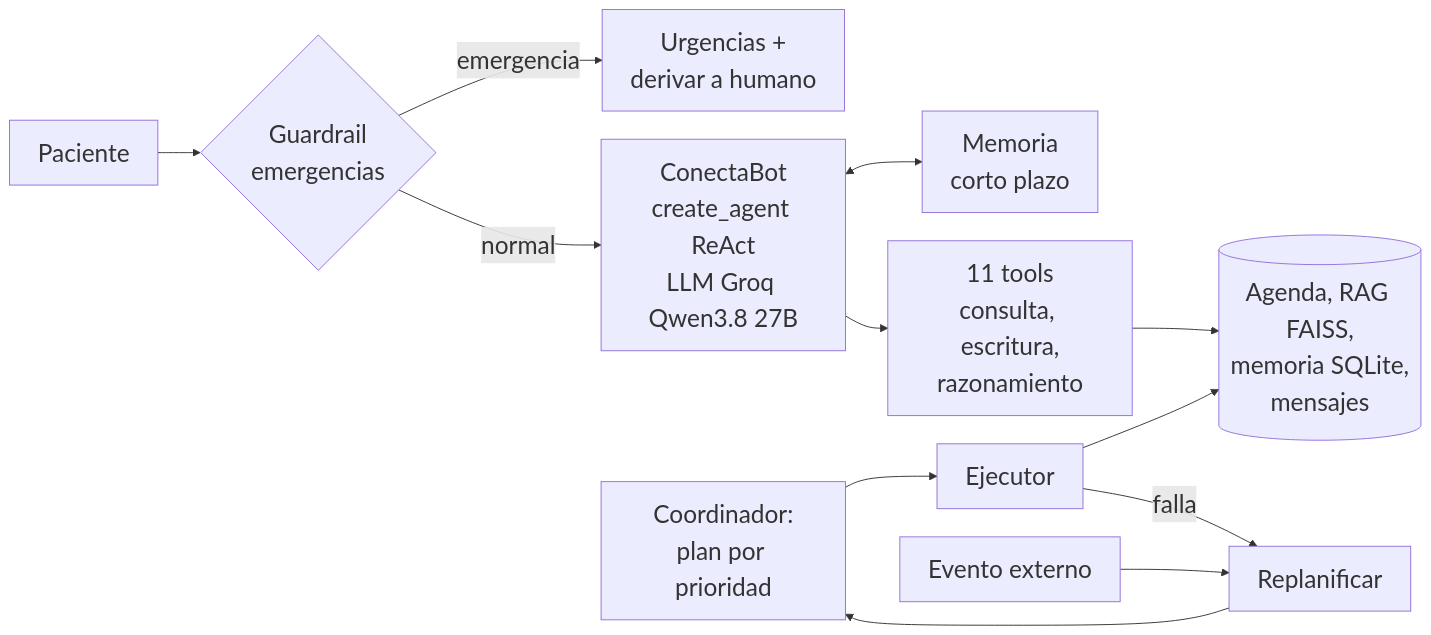
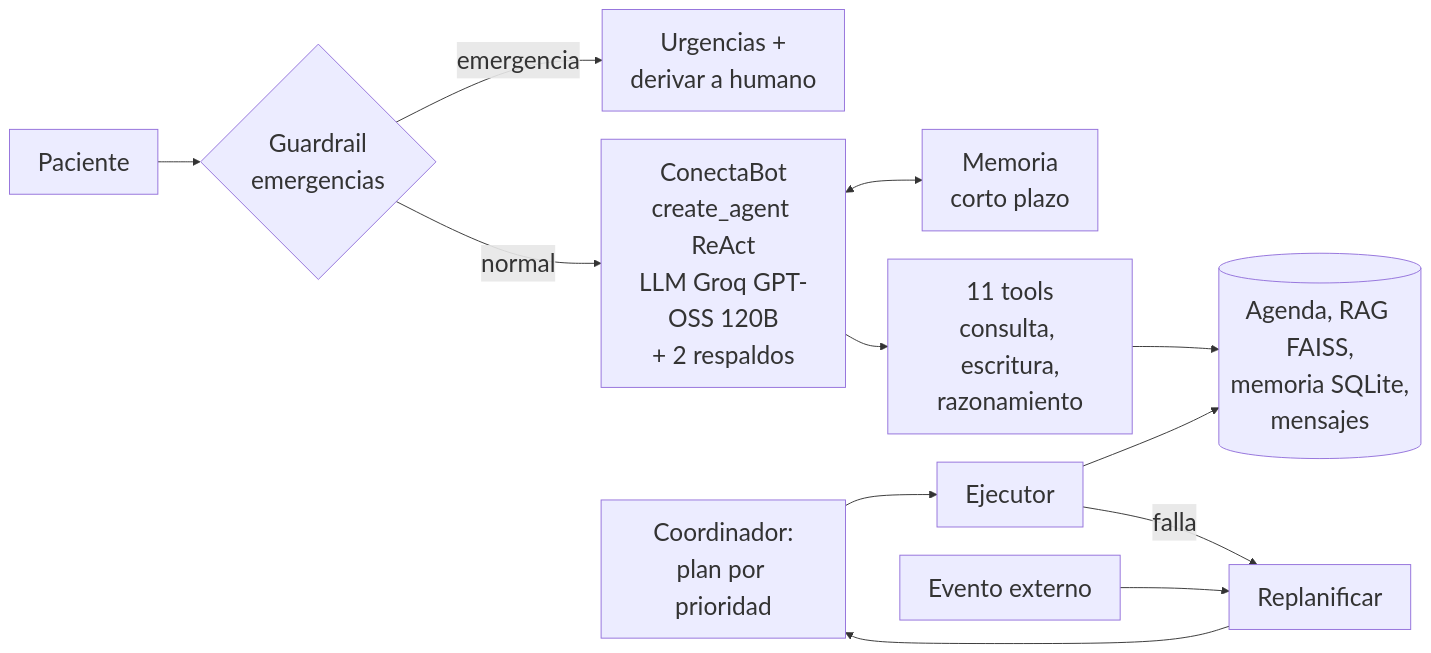
One commit to BenjaminHeresmann/SaludConecta-IA changed the diagram in docs/arquitectura_ep2_lamina.mmd. Above: the diagram before and after it, drawn with Mermaid. The commit also changed 4 other files, not shown here.

Commit message:
README y diagramas: cascada de modelos de Groq y latencia medida

```diff
--- a/docs/arquitectura_ep2_lamina.mmd
+++ b/docs/arquitectura_ep2_lamina.mmd
@@ -1,13 +1,13 @@
 %%{init: {"themeVariables": {"fontSize": "26px"}, "flowchart": {"nodeSpacing": 30, "rankSpacing": 45}}}%%
 flowchart LR
     U[Paciente] --> G{Guardrail<br/>emergencias}
     G -- emergencia --> H[Urgencias +<br/>derivar a humano]
-    G -- normal --> A[ConectaBot<br/>create_agent ReAct<br/>LLM Groq Qwen3.8 27B]
+    G -- normal --> A[ConectaBot<br/>create_agent ReAct<br/>LLM Groq GPT-OSS 120B<br/>+ 2 respaldos]
     A <--> MC[Memoria<br/>corto plazo]
     A --> T[11 tools<br/>consulta, escritura,<br/>razonamiento]
     T --> D[(Agenda, RAG FAISS,<br/>memoria SQLite,<br/>mensajes)]
     CO[Coordinador:<br/>plan por prioridad] --> E[Ejecutor]
     E --> D
     E -- falla --> R[Replanificar]
     EV[Evento externo] --> R
     R --> CO
```
